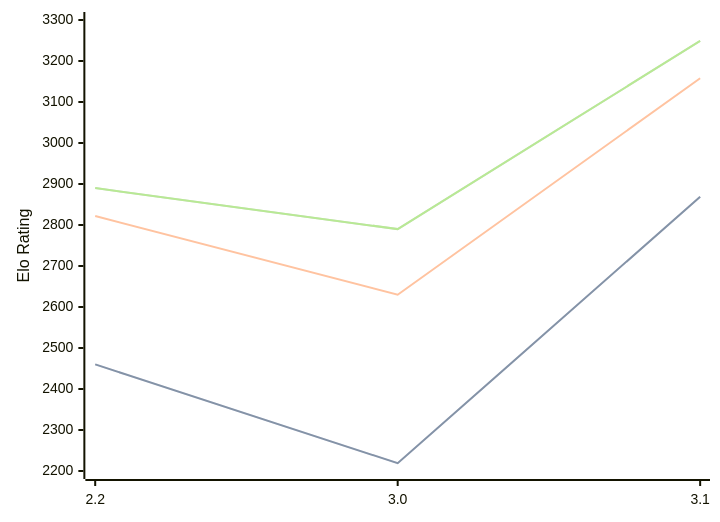
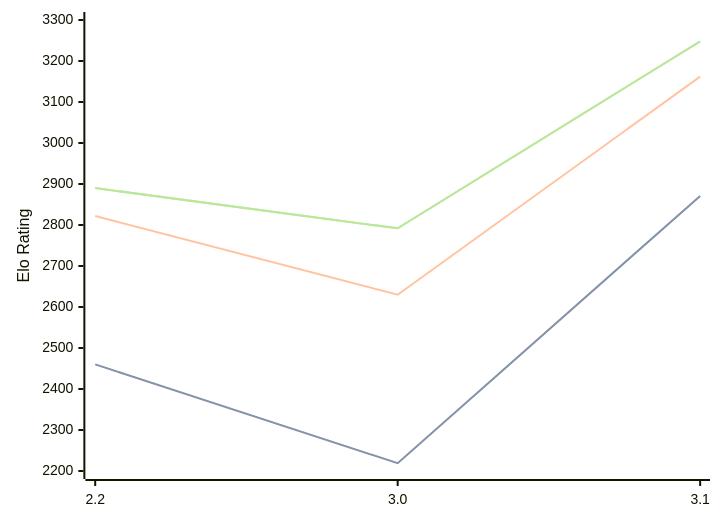
One commit to computer-chess-index/cci changed the diagram in engines/Thrawn.md. Above: the diagram before and after it, drawn with Mermaid. The commit also changed other lines of this file, not shown here.

Commit message:
Update CCI Ratings (ELO VLTC) - 2026-07-25

````diff
--- a/engines/Thrawn.md
+++ b/engines/Thrawn.md
@@ -41,11 +41,11 @@
 ```mermaid
 %%{init: {"theme":"base","themeVariables":{"seriesColors:['#a3a3a3','#222221','#faa371']}}}%%
 xychart-beta
   x-axis ["2.2", "3.0", "3.1"]
   y-axis "Elo Rating" 2200 --> 3300
-  line "STC (8.0+0.08s)" [2460, 2219, 2869]
-  line "STC (8.0+0.08s)" [2460, 2219, 2869]
-  line "LTC (60.0+0.60s)" [2822, 2630, 3158]
-  line "VLTC (2m24s+1.12s)" [2890, 2790, 3249]
-  line "VLTC (2m24s+1.12s)" [2890, 2790, 3249]
+  line "STC (8.0+0.08s)" [2460, 2219, 2871]
+  line "STC (8.0+0.08s)" [2460, 2219, 2871]
+  line "LTC (60.0+0.60s)" [2822, 2630, 3162]
+  line "VLTC (2m24s+1.12s)" [2890, 2792, 3248]
+  line "VLTC (2m24s+1.12s)" [2890, 2792, 3248]
 ```
````
